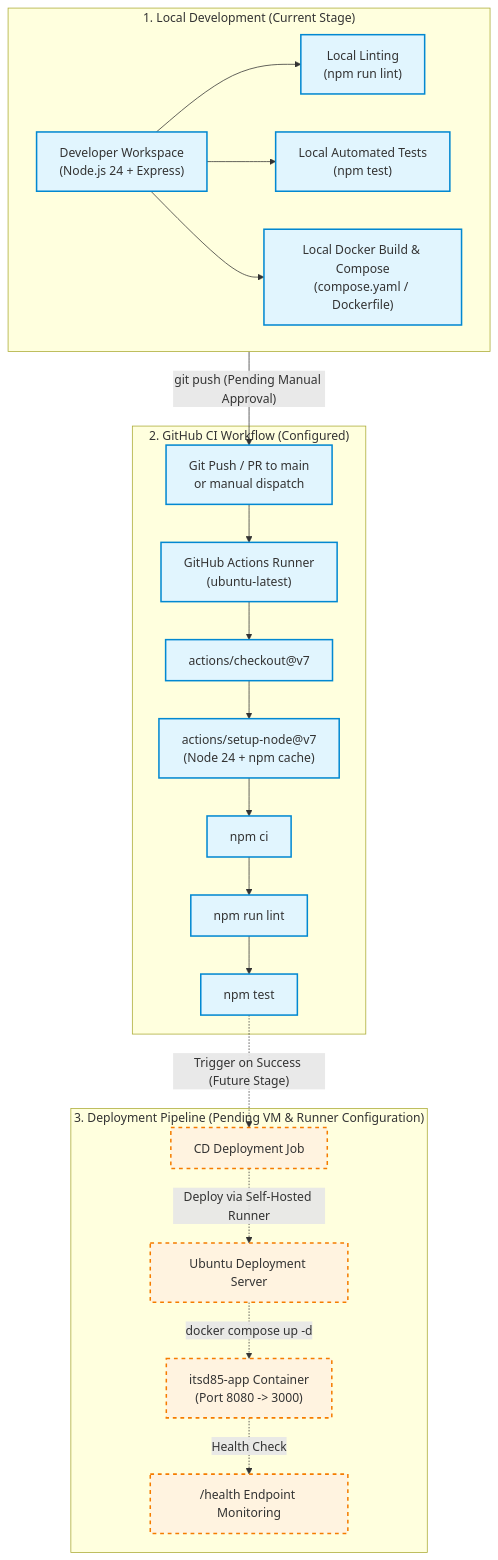
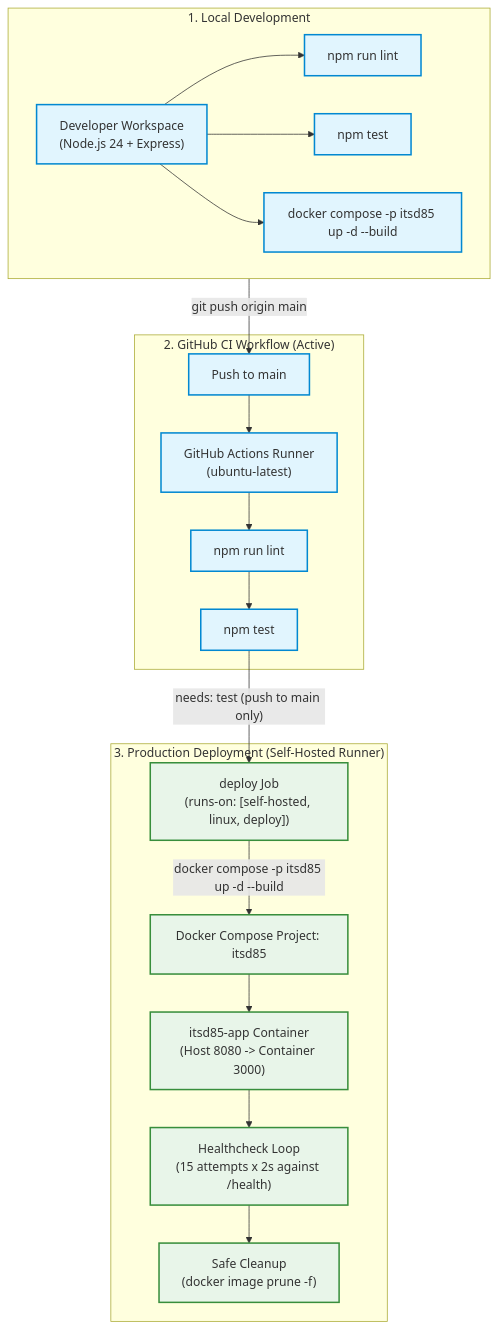
The diagram in docs/pipeline.mmd (SafeWorm59/itsd85-cicd-lab), drawn with Mermaid before and after one commit. The commit also changed other lines of this file and 7 other files, not shown here.

Commit message:
feat: add versioning endpoints, finalize compose, and implement self-hosted deployment job

```diff
--- a/docs/pipeline.mmd
+++ b/docs/pipeline.mmd
@@ -1,29 +1,27 @@
 flowchart TD
-    subgraph Local["1. Local Development (Current Stage)"]
-        DEV["Developer Workspace\n(Node.js 24 + Express)"] --> LINT["Local Linting\n(npm run lint)"]
-        DEV --> TEST["Local Automated Tests\n(npm test)"]
-        DEV --> DOCKER_BUILD["Local Docker Build & Compose\n(compose.yaml / Dockerfile)"]
+    subgraph Local["1. Local Development"]
+        DEV["Developer Workspace\n(Node.js 24 + Express)"] --> LINT["npm run lint"]
+        DEV --> TEST["npm test"]
+        DEV --> DOCKER_BUILD["docker compose -p itsd85 up -d --build"]
     end
 
-    subgraph GitHub["2. GitHub CI Workflow (Configured)"]
-        PUSH["Git Push / PR to main\nor manual dispatch"] --> GH_ACTIONS["GitHub Actions Runner\n(ubuntu-latest)"]
-        GH_ACTIONS --> CI_CHECKOUT["actions/checkout@v7"]
-        CI_CHECKOUT --> CI_SETUP["actions/setup-node@v7\n(Node 24 + npm cache)"]
-        CI_SETUP --> CI_INSTALL["npm ci"]
-        CI_INSTALL --> CI_LINT["npm run lint"]
+    subgraph GitHub["2. GitHub CI Workflow (Active)"]
+        PUSH["Push to main"] --> GH_ACTIONS["GitHub Actions Runner\n(ubuntu-latest)"]
+        GH_ACTIONS --> CI_LINT["npm run lint"]
         CI_LINT --> CI_TEST["npm test"]
     end
 
-    subgraph FutureDeployment["3. Deployment Pipeline (Pending VM & Runner Configuration)"]
-        CI_TEST -.->|"Trigger on Success (Future Stage)"| CD_JOB["CD Deployment Job"]
-        CD_JOB -.->|"Deploy via Self-Hosted Runner"| PROD_SERVER["Ubuntu Deployment Server"]
-        PROD_SERVER -.->|"docker compose up -d"| PROD_CONTAINER["itsd85-app Container\n(Port 8080 -> 3000)"]
-        PROD_CONTAINER -.->|"Health Check"| HEALTHCHECK["/health Endpoint Monitoring"]
+    subgraph Server["3. Production Deployment (Self-Hosted Runner)"]
+        CI_TEST -->|"needs: test (push to main only)"| CD_JOB["deploy Job\n(runs-on: [self-hosted, linux, deploy])"]
+        CD_JOB -->|"docker compose -p itsd85 up -d --build"| COMPOSE["Docker Compose Project: itsd85"]
+        COMPOSE --> CONTAINER["itsd85-app Container\n(Host 8080 -> Container 3000)"]
+        CONTAINER --> HEALTH["Healthcheck Loop\n(15 attempts x 2s against /health)"]
+        HEALTH --> PRUNE["Safe Cleanup\n(docker image prune -f)"]
     end
 
-    Local -->|"git push (Pending Manual Approval)"| PUSH
+    Local -->|"git push origin main"| PUSH
 
     classDef active fill:#e1f5fe,stroke:#0288d1,stroke-width:2px;
-    classDef pending fill:#fff3e0,stroke:#f57c00,stroke-width:2px,stroke-dasharray: 5 5;
-    class DEV,LINT,TEST,DOCKER_BUILD,PUSH,GH_ACTIONS,CI_CHECKOUT,CI_SETUP,CI_INSTALL,CI_LINT,CI_TEST active;
-    class CD_JOB,PROD_SERVER,PROD_CONTAINER,HEALTHCHECK pending;
+    classDef runner fill:#e8f5e9,stroke:#388e3c,stroke-width:2px;
+    class DEV,LINT,TEST,DOCKER_BUILD,PUSH,GH_ACTIONS,CI_LINT,CI_TEST active;
+    class CD_JOB,COMPOSE,CONTAINER,HEALTH,PRUNE runner;
```
